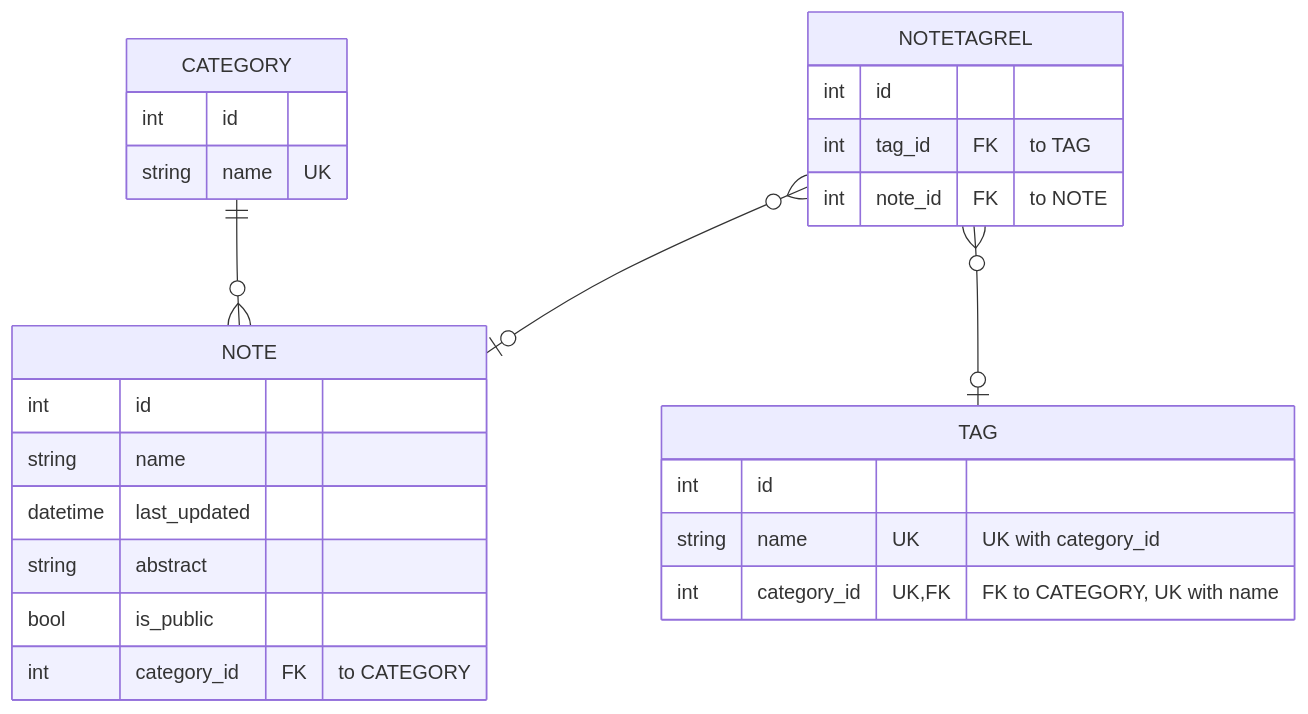
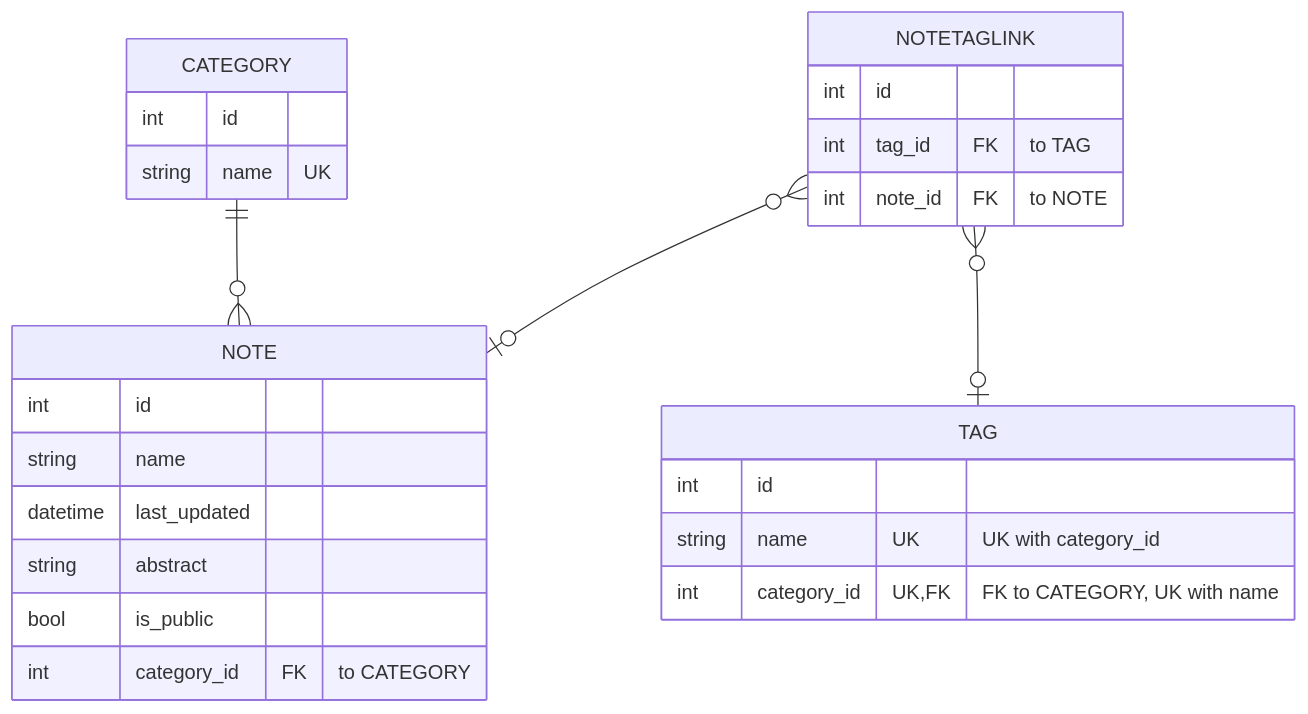
One commit to xsalagarcia/my_notes_API changed the diagram in README.md. Above: the diagram before and after it, drawn with Mermaid. The commit also changed 18 other files, not shown here.

````diff
--- a/README.md
+++ b/README.md
@@ -17,31 +17,31 @@
 ```mermaid
 erDiagram
     NOTE {
         int id
         string name
         datetime last_updated
         string abstract
         bool is_public
         int category_id FK "to CATEGORY"
     }
     CATEGORY {
         int id
         string name UK
     }
 
     
     TAG {
         int id
         string name UK "UK with category_id"
         int category_id UK, FK "FK to CATEGORY, UK with name"
     }
     
-    NOTETAGREL {
+    NOTETAGLINK {
         int id
         int tag_id FK "to TAG"
         int note_id FK "to NOTE"
     }
     CATEGORY ||--o{ NOTE : ""
-    NOTETAGREL }o--o| TAG: ""
-    NOTETAGREL }o--o| NOTE: ""
+    NOTETAGLINK }o--o| TAG: ""
+    NOTETAGLINK }o--o| NOTE: ""
 ```
````
